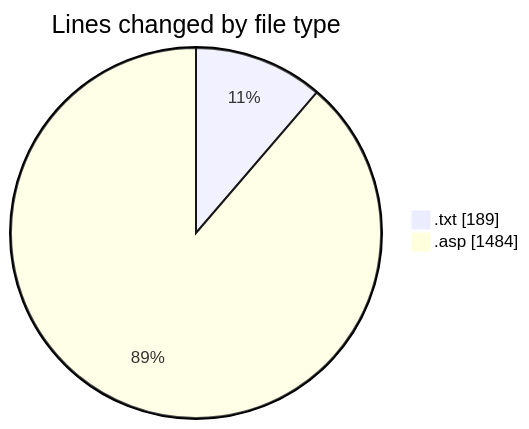
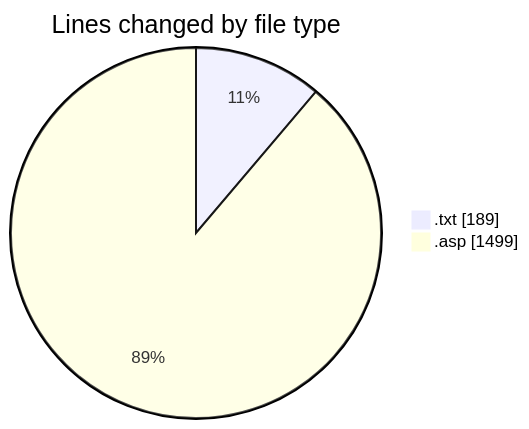
Before and after one commit to julien-gomy/code-tracking: the first of 2 diagrams in 2025-11-07/cdp_aleoudev_fr__workspace_/README.md, drawn with Mermaid. The commit also changed other lines of this file and 1 other file, not shown here.

````diff
--- a/2025-11-07/cdp_aleoudev_fr__workspace_/README.md
+++ b/2025-11-07/cdp_aleoudev_fr__workspace_/README.md
@@ -22,6 +22,6 @@
 ```mermaid
 pie showData
 title Lines changed by file type
 ".txt" : 189
-".asp" : 1484
+".asp" : 1499
 ```
````
